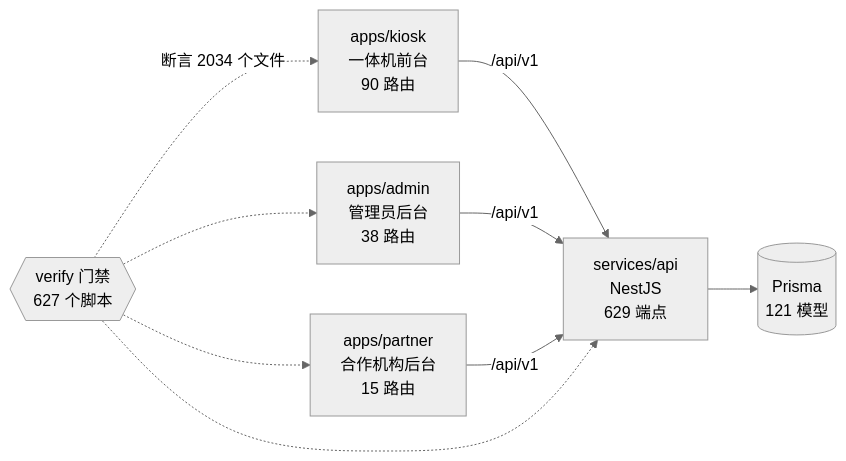
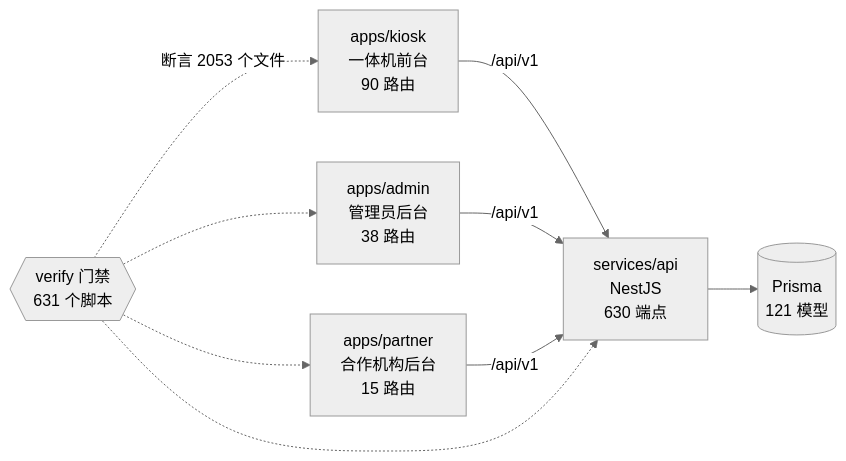
The diagram in docs/graph/README.md (wanglei581/YITIJI), drawn with Mermaid (neutral theme) before and after one commit. The commit also changed other lines of this file and 12 other files, not shown here.

````diff
--- a/docs/graph/README.md
+++ b/docs/graph/README.md
@@ -68,18 +68,18 @@
 ```mermaid
 flowchart LR
   kiosk["apps/kiosk<br/>一体机前台<br/>90 路由"]
   admin["apps/admin<br/>管理员后台<br/>38 路由"]
   partner["apps/partner<br/>合作机构后台<br/>15 路由"]
-  api["services/api<br/>NestJS<br/>629 端点"]
+  api["services/api<br/>NestJS<br/>630 端点"]
   db[("Prisma<br/>121 模型")]
-  gates{{"verify 门禁<br/>627 个脚本"}}
+  gates{{"verify 门禁<br/>631 个脚本"}}
 
   kiosk -->|"/api/v1"| api
   admin -->|"/api/v1"| api
   partner -->|"/api/v1"| api
   api --> db
-  gates -.->|"断言 2034 个文件"| kiosk
+  gates -.->|"断言 2053 个文件"| kiosk
   gates -.-> admin
   gates -.-> partner
   gates -.-> api
 ```
````
